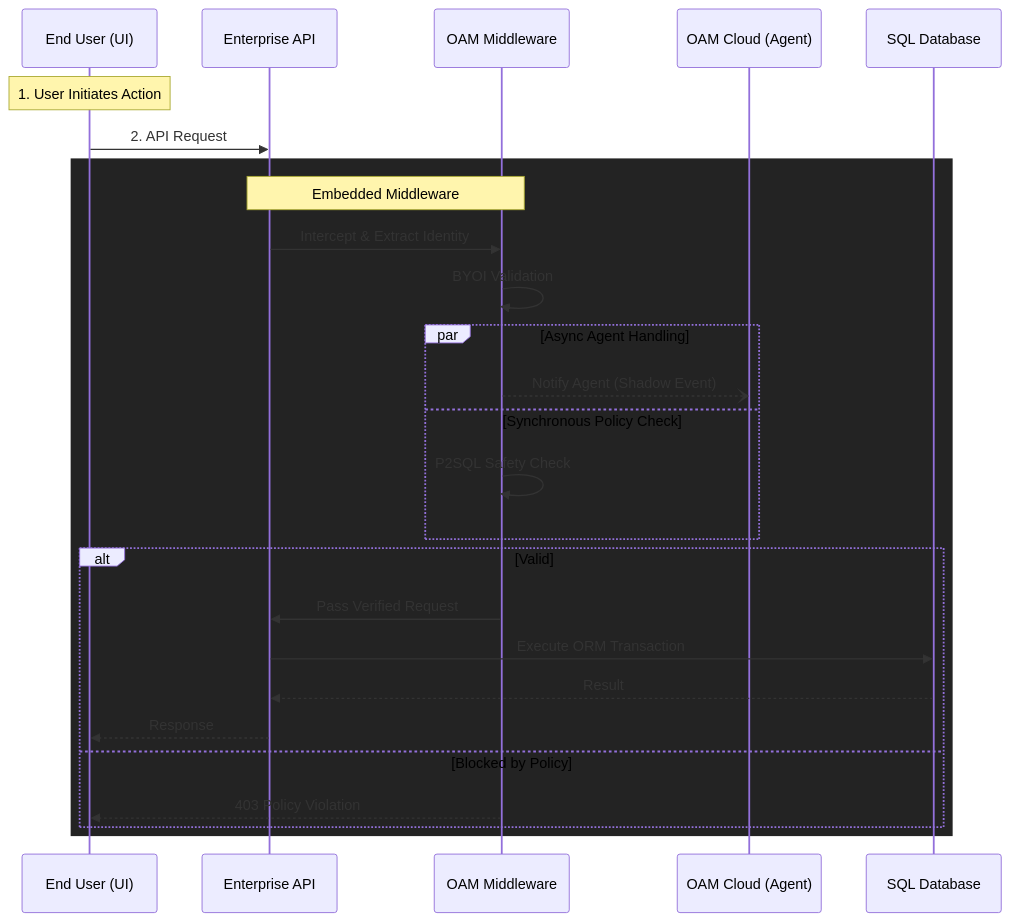
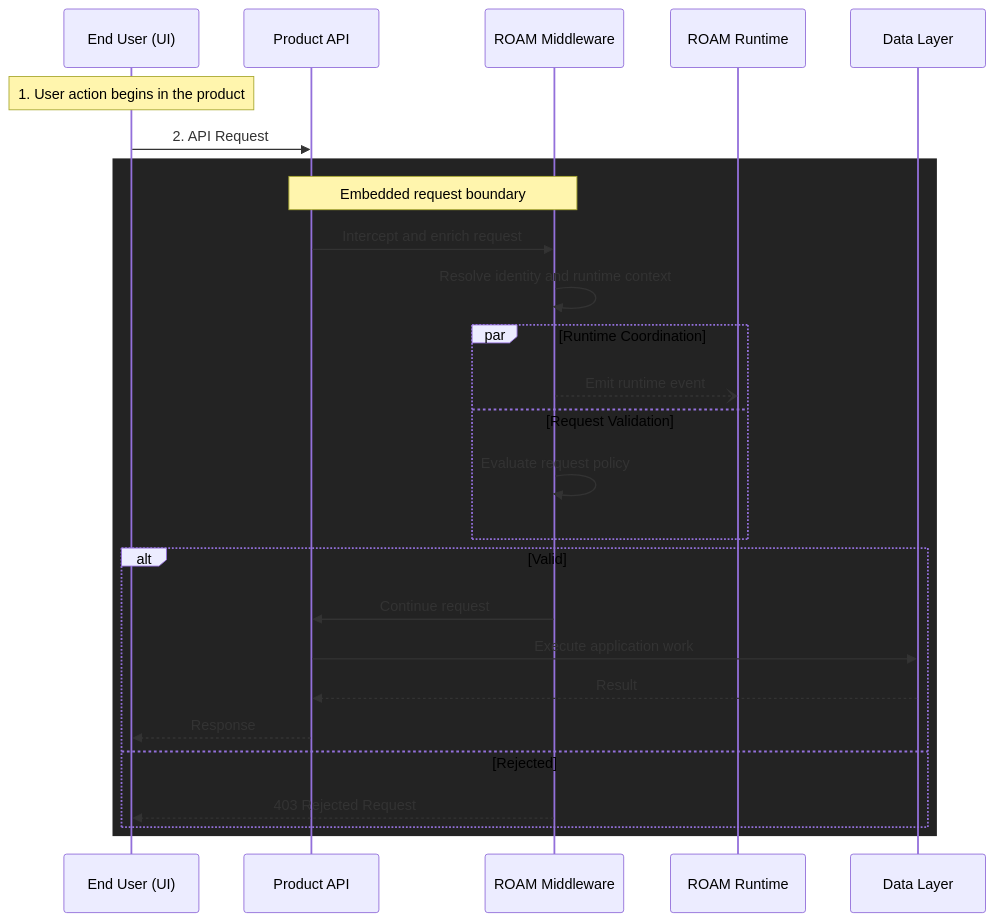
The second of 4 diagrams in src/architecture/middleware.md (oamrs/roam-docs), drawn with Mermaid before and after one commit. The commit also changed other lines of this file and 12 other files, not shown here.

Commit message:
Align runtime context surfaces and fix validation gates

````diff
--- a/src/architecture/middleware.md
+++ b/src/architecture/middleware.md
@@ -82,32 +91,32 @@
 ```mermaid
 sequenceDiagram
     participant User as End User (UI)
-    participant API as Enterprise API
-    participant OAM as OAM Middleware
-    participant Cloud as OAM Cloud (Agent)
-    participant DB as SQL Database
+    participant API as Product API
+    participant OAM as ROAM Middleware
+    participant Runtime as ROAM Runtime
+    participant DB as Data Layer
 
-    Note over User: 1. User Initiates Action
+    Note over User: 1. User action begins in the product
     User->>API: 2. API Request
     
     rect rgb(35, 35, 35)
-        Note over API, OAM: Embedded Middleware
-        API->>OAM: Intercept & Extract Identity
-        OAM->>OAM: BYOI Validation
+        Note over API, OAM: Embedded request boundary
+        API->>OAM: Intercept and enrich request
+        OAM->>OAM: Resolve identity and runtime context
         
-        par Async Agent Handling
-            OAM--)Cloud: Notify Agent (Shadow Event)
-        and Synchronous Policy Check
-            OAM->>OAM: P2SQL Safety Check
+        par Runtime Coordination
+            OAM--)Runtime: Emit runtime event
+        and Request Validation
+            OAM->>OAM: Evaluate request policy
         end
         
         alt Valid
-            OAM->>API: Pass Verified Request
-            API->>DB: Execute ORM Transaction
+            OAM->>API: Continue request
+            API->>DB: Execute application work
             DB-->>API: Result
             API-->>User: Response
-        else Blocked by Policy
-            OAM-->>User: 403 Policy Violation
+        else Rejected
+            OAM-->>User: 403 Rejected Request
         end
     end
 ```
````
